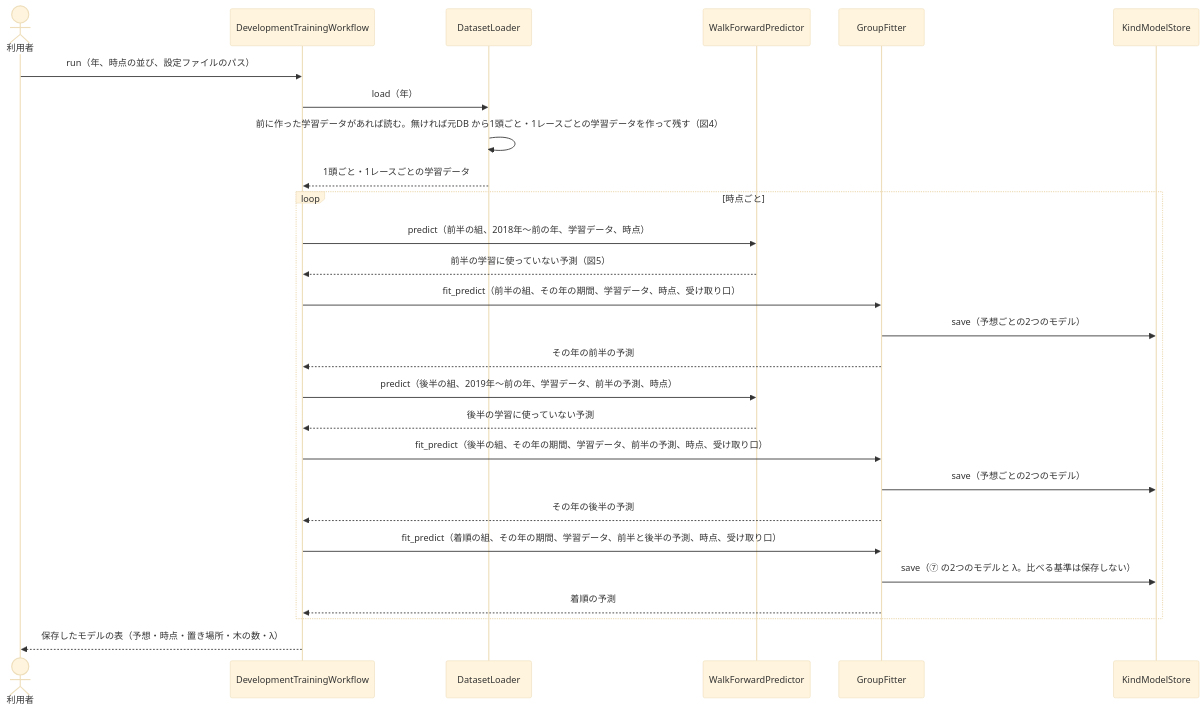
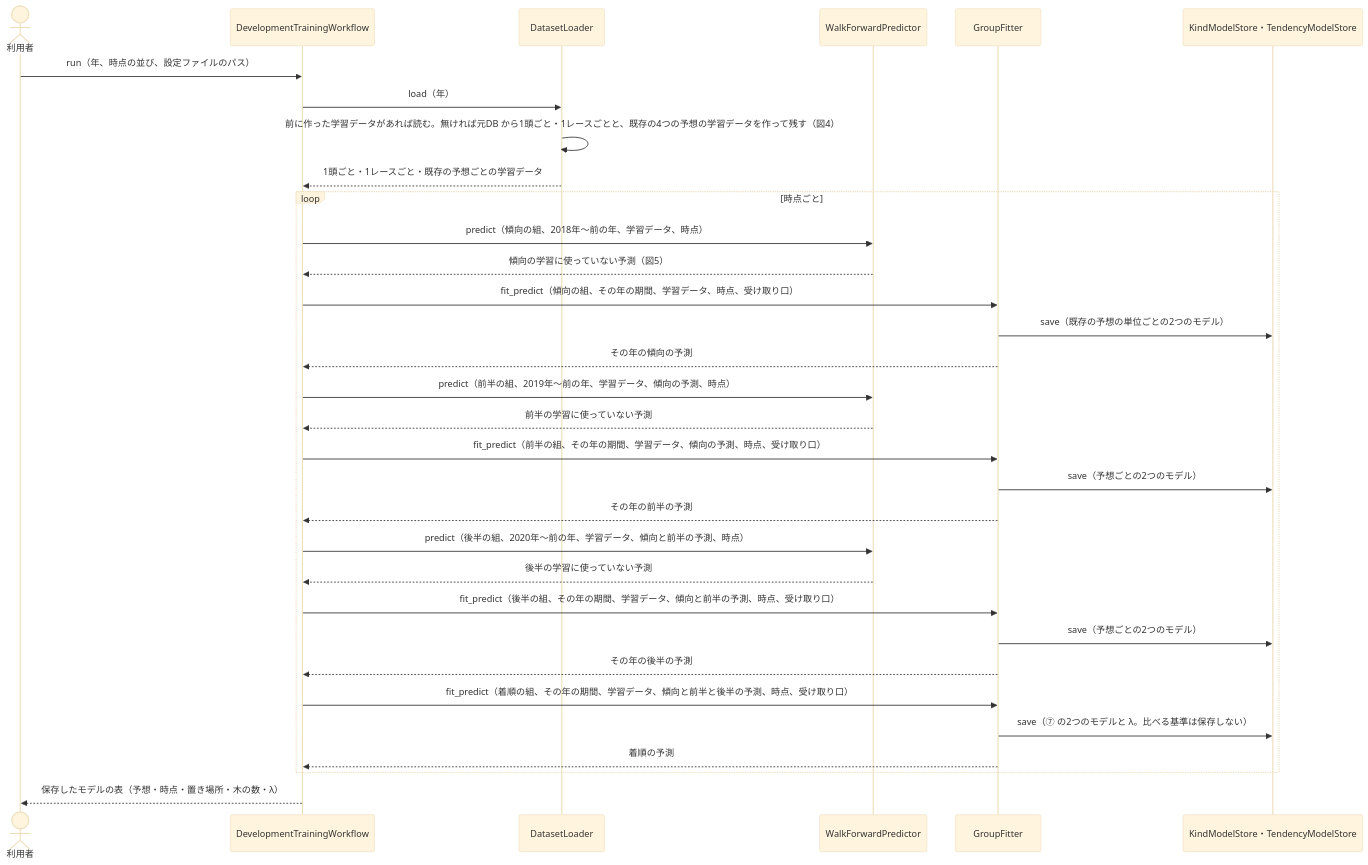
One commit to ht-0328/keiba-yosou changed the first of 6 diagrams in docs/design/展開から着順を予想/05-sequence.md. Above: the diagram before and after it, drawn with Mermaid (base theme). The commit also changed other lines of this file and 9 other files, not shown here.

````diff
--- a/docs/design/展開から着順を予想/05-sequence.md
+++ b/docs/design/展開から着順を予想/05-sequence.md
@@ -29,29 +29,34 @@
 ```mermaid
 sequenceDiagram
     actor U as 利用者
     participant W as DevelopmentTrainingWorkflow
     participant DL as DatasetLoader
     participant WF as WalkForwardPredictor
     participant GF as GroupFitter
-    participant MS as KindModelStore
+    participant MS as KindModelStore・TendencyModelStore
     U->>W: run（年、時点の並び、設定ファイルのパス）
     W->>DL: load（年）
-    DL->>DL: 前に作った学習データがあれば読む。無ければ元DB から1頭ごと・1レースごとの学習データを作って残す（図4）
-    DL-->>W: 1頭ごと・1レースごとの学習データ
+    DL->>DL: 前に作った学習データがあれば読む。無ければ元DB から1頭ごと・1レースごとと、既存の4つの予想の学習データを作って残す（図4）
+    DL-->>W: 1頭ごと・1レースごと・既存の予想ごとの学習データ
     loop 時点ごと
-        W->>WF: predict（前半の組、2018年〜前の年、学習データ、時点）
-        WF-->>W: 前半の学習に使っていない予測（図5）
-        W->>GF: fit_predict（前半の組、その年の期間、学習データ、時点、受け取り口）
+        W->>WF: predict（傾向の組、2018年〜前の年、学習データ、時点）
+        WF-->>W: 傾向の学習に使っていない予測（図5）
+        W->>GF: fit_predict（傾向の組、その年の期間、学習データ、時点、受け取り口）
+        GF->>MS: save（既存の予想の単位ごとの2つのモデル）
+        GF-->>W: その年の傾向の予測
+        W->>WF: predict（前半の組、2019年〜前の年、学習データ、傾向の予測、時点）
+        WF-->>W: 前半の学習に使っていない予測
+        W->>GF: fit_predict（前半の組、その年の期間、学習データ、傾向の予測、時点、受け取り口）
         GF->>MS: save（予想ごとの2つのモデル）
         GF-->>W: その年の前半の予測
-        W->>WF: predict（後半の組、2019年〜前の年、学習データ、前半の予測、時点）
+        W->>WF: predict（後半の組、2020年〜前の年、学習データ、傾向と前半の予測、時点）
         WF-->>W: 後半の学習に使っていない予測
-        W->>GF: fit_predict（後半の組、その年の期間、学習データ、前半の予測、時点、受け取り口）
+        W->>GF: fit_predict（後半の組、その年の期間、学習データ、傾向と前半の予測、時点、受け取り口）
         GF->>MS: save（予想ごとの2つのモデル）
         GF-->>W: その年の後半の予測
-        W->>GF: fit_predict（着順の組、その年の期間、学習データ、前半と後半の予測、時点、受け取り口）
+        W->>GF: fit_predict（着順の組、その年の期間、学習データ、傾向と前半と後半の予測、時点、受け取り口）
         GF->>MS: save（⑦ の2つのモデルと λ。比べる基準は保存しない）
         GF-->>W: 着順の予測
     end
     W-->>U: 保存したモデルの表（予想・時点・置き場所・木の数・λ）
 ```
````
